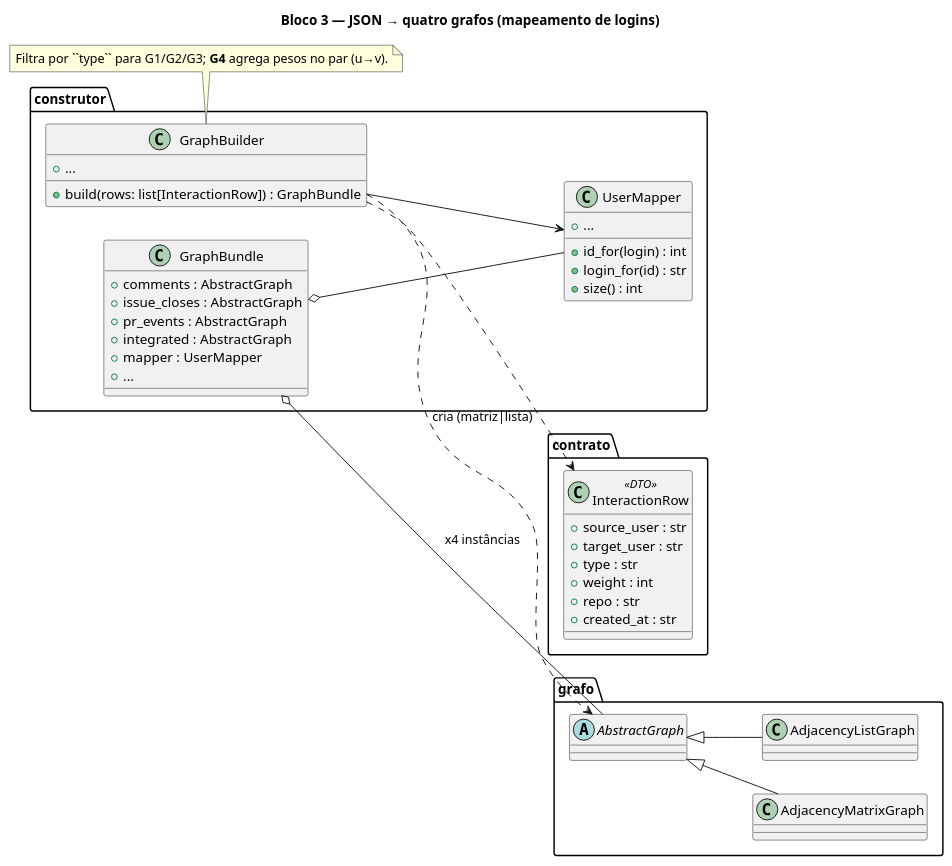
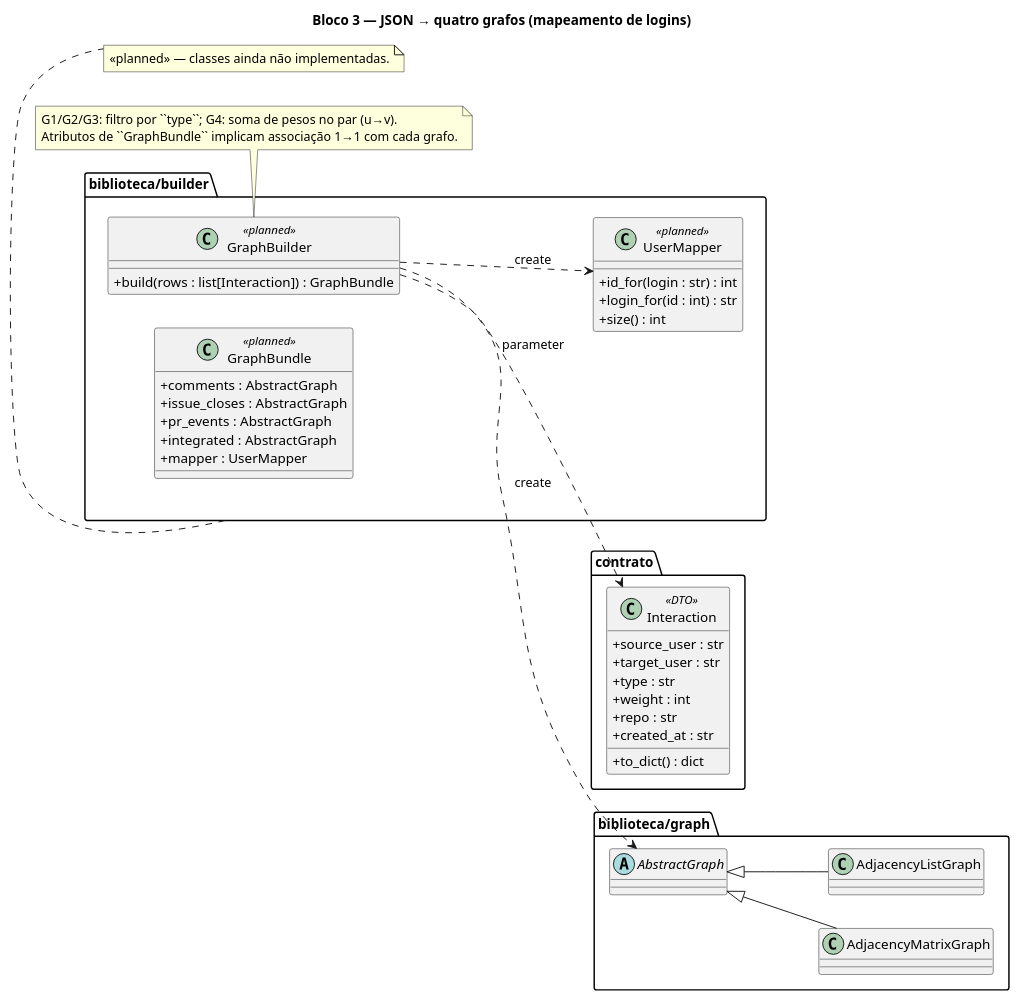
The diagram in docs/contrato/diagrama-construtor-grafos.puml (Erickguedesc/trabalho-pratico-grafos), drawn with PlantUML before and after one commit. The commit also changed 9 other files, not shown here.

Commit message:
correção diagramas

```diff
--- a/docs/contrato/diagrama-construtor-grafos.puml
+++ b/docs/contrato/diagrama-construtor-grafos.puml
@@ -1,59 +1,66 @@
 @startuml diagrama-construtor-grafos
 
 title Bloco 3 — JSON → quatro grafos (mapeamento de logins)
 
+skinparam classAttributeIconSize 0
 left to right direction
 
 package contrato {
-  class InteractionRow <<DTO>> {
+  class Interaction <<DTO>> {
     + source_user : str
     + target_user : str
     + type : str
     + weight : int
     + repo : str
     + created_at : str
+    __
+    + to_dict() : dict
   }
 }
 
-package construtor {
-  class UserMapper {
-    + id_for(login) : int
-    + login_for(id) : str
+package "biblioteca/builder" as construtor {
+
+  class UserMapper <<planned>> {
+    __
+    + id_for(login : str) : int
+    + login_for(id : int) : str
     + size() : int
-    + ...
   }
 
-  class GraphBuilder {
-    + build(rows: list[InteractionRow]) : GraphBundle
-    + ...
+  class GraphBuilder <<planned>> {
+    __
+    + build(rows : list[Interaction]) : GraphBundle
   }
 
-  class GraphBundle {
+  class GraphBundle <<planned>> {
     + comments : AbstractGraph
     + issue_closes : AbstractGraph
     + pr_events : AbstractGraph
     + integrated : AbstractGraph
     + mapper : UserMapper
-    + ...
   }
 }
 
-package grafo {
+package "biblioteca/graph" as grafo {
   abstract class AbstractGraph
   class AdjacencyMatrixGraph
   class AdjacencyListGraph
 }
 
-GraphBuilder ..> InteractionRow
-GraphBuilder --> UserMapper
-GraphBuilder ..> AbstractGraph : cria (matriz|lista)
-GraphBundle o-- UserMapper
-GraphBundle o-- AbstractGraph : x4 instâncias
+GraphBuilder ..> Interaction : «parameter»
+GraphBuilder ..> UserMapper : «create»
+GraphBuilder ..> AbstractGraph : «create»
+
 AbstractGraph <|-- AdjacencyMatrixGraph
 AbstractGraph <|-- AdjacencyListGraph
 
 note bottom of GraphBuilder
-  Filtra por ``type`` para G1/G2/G3; **G4** agrega pesos no par (u→v).
+  G1/G2/G3: filtro por ``type``; G4: soma de pesos no par (u→v).
+  Atributos de ``GraphBundle`` implicam associação 1→1 com cada grafo.
+end note
+
+note bottom of construtor
+  <<planned>> — classes ainda não implementadas.
 end note
 
 @enduml
```
